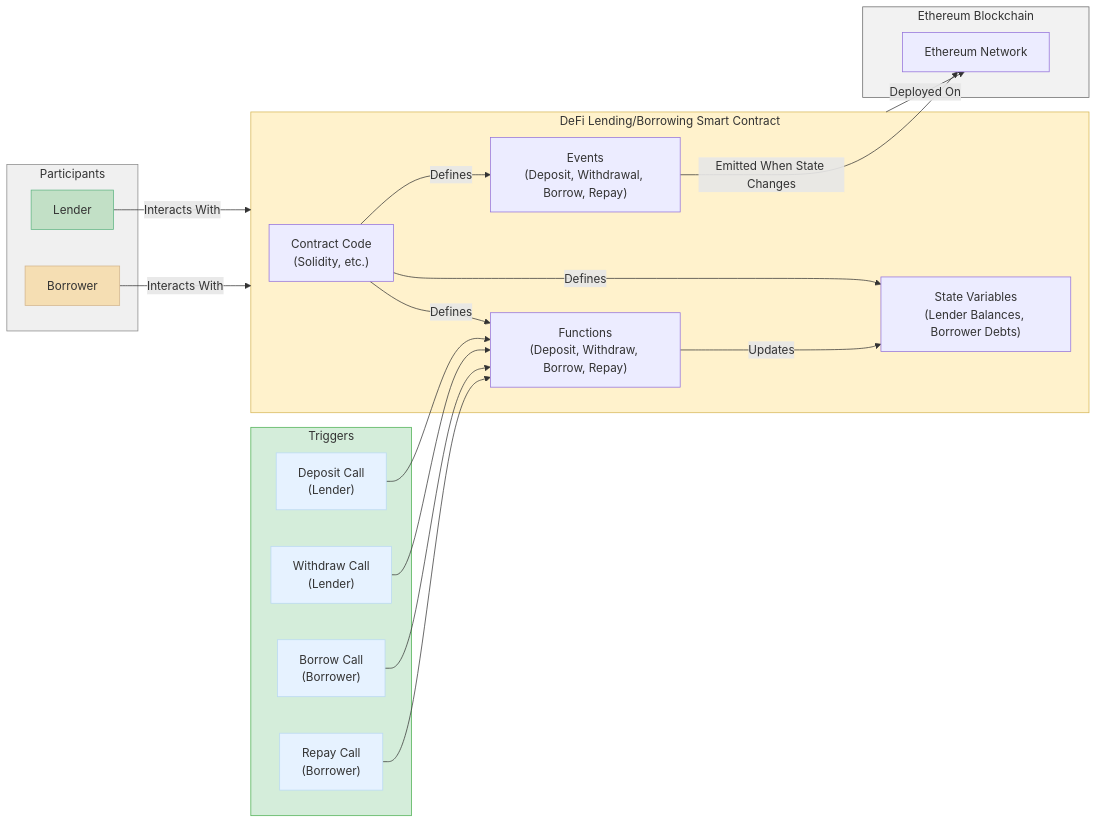
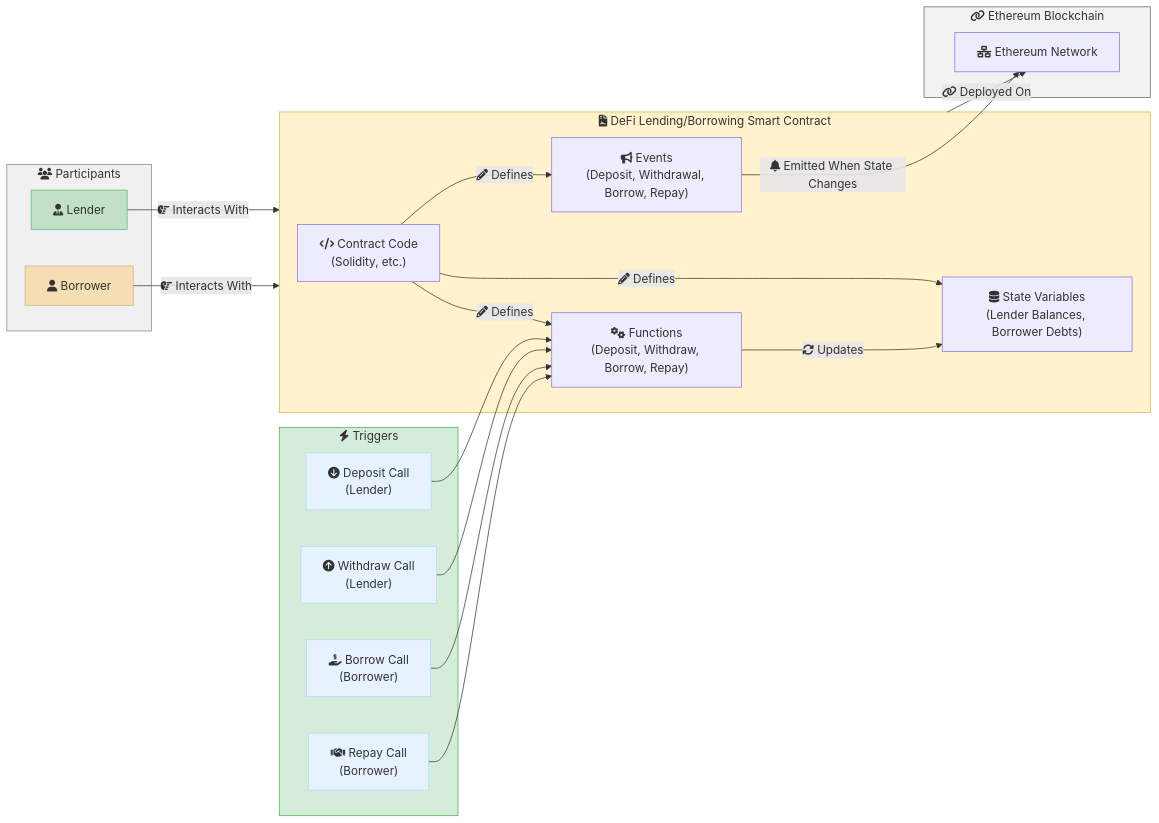
Before and after one commit to kelvin-bz/blog: diagram 14 of 22 in _posts/2024-07-06-blockchain-for-dummies.md, drawn with Mermaid. The commit also changed other lines of this file, not shown here.

````diff
--- a/_posts/2024-07-06-blockchain-for-dummies.md
+++ b/_posts/2024-07-06-blockchain-for-dummies.md
@@ -510,51 +522,51 @@
 ```mermaid
 graph LR
-    subgraph DeFiSmartContract["DeFi Lending/Borrowing Smart Contract"]
+    subgraph DeFiSmartContract["fa:fa-file-contract DeFi Lending/Borrowing Smart Contract"]
         style DeFiSmartContract fill:#FFF2CC,stroke:#D6B656
-        ContractCode["Contract Code<br/>(Solidity, etc.)"]
-        StateVariables["State Variables<br/>(Lender Balances, Borrower Debts)"]
-        Functions["Functions<br/>(Deposit, Withdraw, Borrow, Repay)"]
-        Events["Events<br/>(Deposit, Withdrawal, Borrow, Repay)"]
+        ContractCode["fa:fa-code Contract Code<br/>(Solidity, etc.)"]
+        StateVariables["fa:fa-database State Variables<br/>(Lender Balances, Borrower Debts)"]
+        Functions["fa:fa-cogs Functions<br/>(Deposit, Withdraw, Borrow, Repay)"]
+        Events["fa:fa-bullhorn Events<br/>(Deposit, Withdrawal, Borrow, Repay)"]
     end
 
-    subgraph EthereumBlockchain["Ethereum Blockchain"]
+    subgraph EthereumBlockchain["fa:fa-link Ethereum Blockchain"]
         style EthereumBlockchain fill:#F2F2F2,stroke:#666666
-        BlockchainNetwork["Ethereum Network"]
+        BlockchainNetwork["fa:fa-network-wired Ethereum Network"]
     end
 
-    subgraph Participants["Participants"]
+    subgraph Participants["fa:fa-users Participants"]
         style Participants fill:#F0F0F0,stroke:#888888
-        Lender["Lender"]
+        Lender["fa:fa-user-tie Lender"]
         style Lender fill:#C2E0C6,stroke:#5FB483
-        Borrower["Borrower"]
+        Borrower["fa:fa-user Borrower"]
         style Borrower fill:#F5DEB3,stroke:#D2B48C
     end
     
-    subgraph Trigger["Triggers"]
+    subgraph Trigger["fa:fa-bolt Triggers"]
         style Trigger fill:#D4EDDA,stroke:#4CAF50
-        DepositCall["Deposit Call<br/>(Lender)"]
+        DepositCall["fa:fa-arrow-circle-down Deposit Call<br/>(Lender)"]
         style DepositCall fill:#E6F2FF,stroke:#B8D8F2
-        WithdrawCall["Withdraw Call<br/>(Lender)"]
+        WithdrawCall["fa:fa-arrow-circle-up Withdraw Call<br/>(Lender)"]
         style WithdrawCall fill:#E6F2FF,stroke:#B8D8F2
-        BorrowCall["Borrow Call<br/>(Borrower)"]
+        BorrowCall["fa:fa-hand-holding-usd Borrow Call<br/>(Borrower)"]
         style BorrowCall fill:#E6F2FF,stroke:#B8D8F2
-        RepayCall["Repay Call<br/>(Borrower)"]
+        RepayCall["fa:fa-handshake Repay Call<br/>(Borrower)"]
         style RepayCall fill:#E6F2FF,stroke:#B8D8F2
     end
 
-    Lender -- "Interacts With" --> DeFiSmartContract
-    Borrower -- "Interacts With" --> DeFiSmartContract
+    Lender -- "fa:fa-hand-point-right Interacts With" --> DeFiSmartContract
+    Borrower -- "fa:fa-hand-point-right Interacts With" --> DeFiSmartContract
 
-    DeFiSmartContract -- "Deployed On" --> BlockchainNetwork
-    ContractCode -- "Defines" --> StateVariables
-    ContractCode -- "Defines" --> Functions
-    ContractCode -- "Defines" --> Events
-    Functions -- "Updates" --> StateVariables
-    Events -- "Emitted When State Changes" --> BlockchainNetwork
+    DeFiSmartContract -- "fa:fa-link Deployed On" --> BlockchainNetwork
+    ContractCode -- "fa:fa-pencil-alt Defines" --> StateVariables
+    ContractCode -- "fa:fa-pencil-alt Defines" --> Functions
+    ContractCode -- "fa:fa-pencil-alt Defines" --> Events
+    Functions -- "fa:fa-sync-alt Updates" --> StateVariables
+    Events -- "fa:fa-bell Emitted When State Changes" --> BlockchainNetwork
 
     DepositCall --> Functions
     WithdrawCall --> Functions
     BorrowCall --> Functions
     RepayCall --> Functions
 
 ```
````
